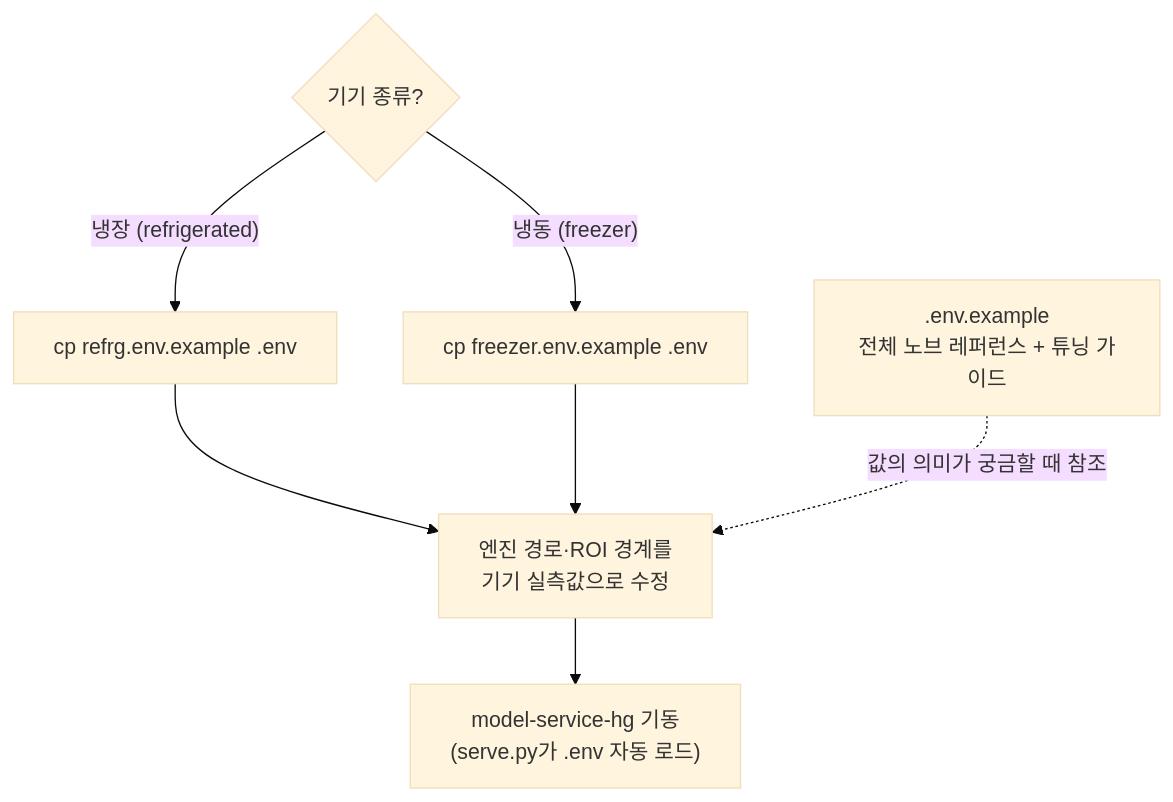
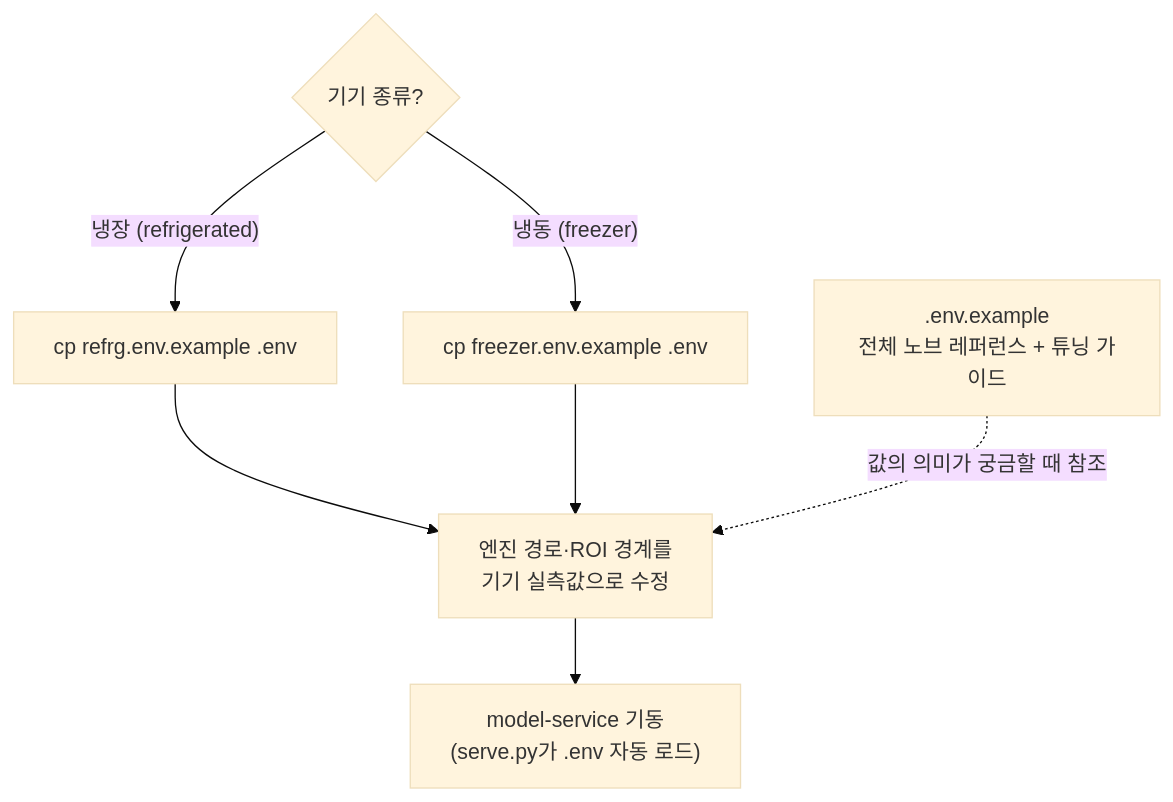
One commit to CHAI-Student/CRK-model-HG changed the first of 3 diagrams in docs/04-configuration.md. Above: the diagram before and after it, drawn with Mermaid (base theme). The commit also changed 11 other files, not shown here.

First line of the commit message:
Rename the console script from model-service-hg to model-service

````diff
--- a/docs/04-configuration.md
+++ b/docs/04-configuration.md
@@ -77,10 +77,10 @@
 ```mermaid
 flowchart TD
     Q{"기기 종류?"}
     Q -- "냉장 (refrigerated)" --> R["cp refrg.env.example .env"]
     Q -- "냉동 (freezer)" --> F["cp freezer.env.example .env"]
     R --> E["엔진 경로·ROI 경계를<br/>기기 실측값으로 수정"]
     F --> E
-    E --> S["model-service-hg 기동<br/>(serve.py가 .env 자동 로드)"]
+    E --> S["model-service 기동<br/>(serve.py가 .env 자동 로드)"]
     C[".env.example<br/>전체 노브 레퍼런스 + 튜닝 가이드"] -.->|"값의 의미가 궁금할 때 참조"| E
 ```
````
